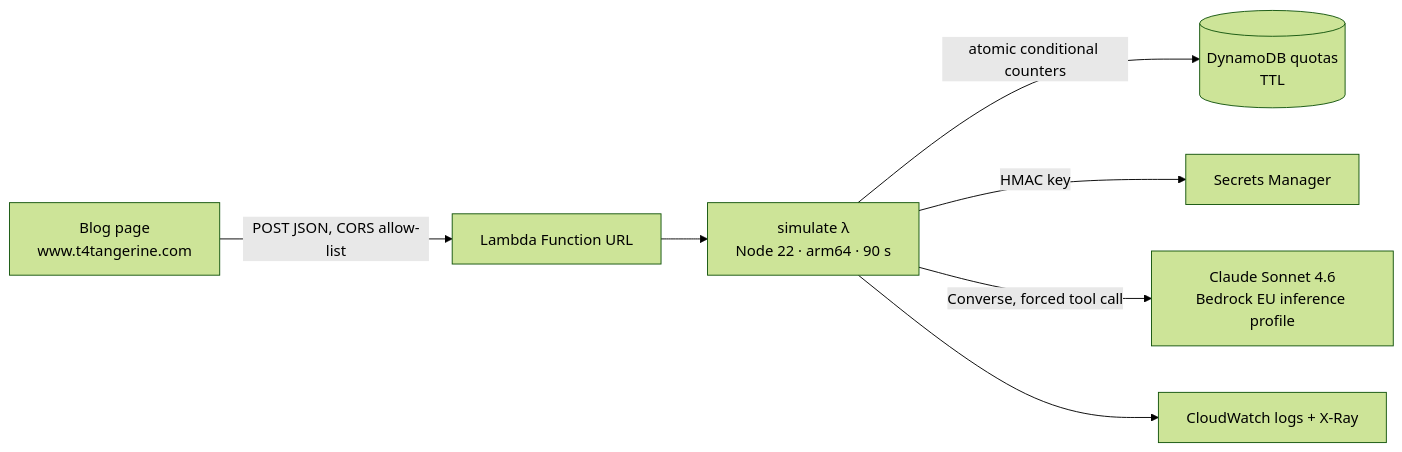
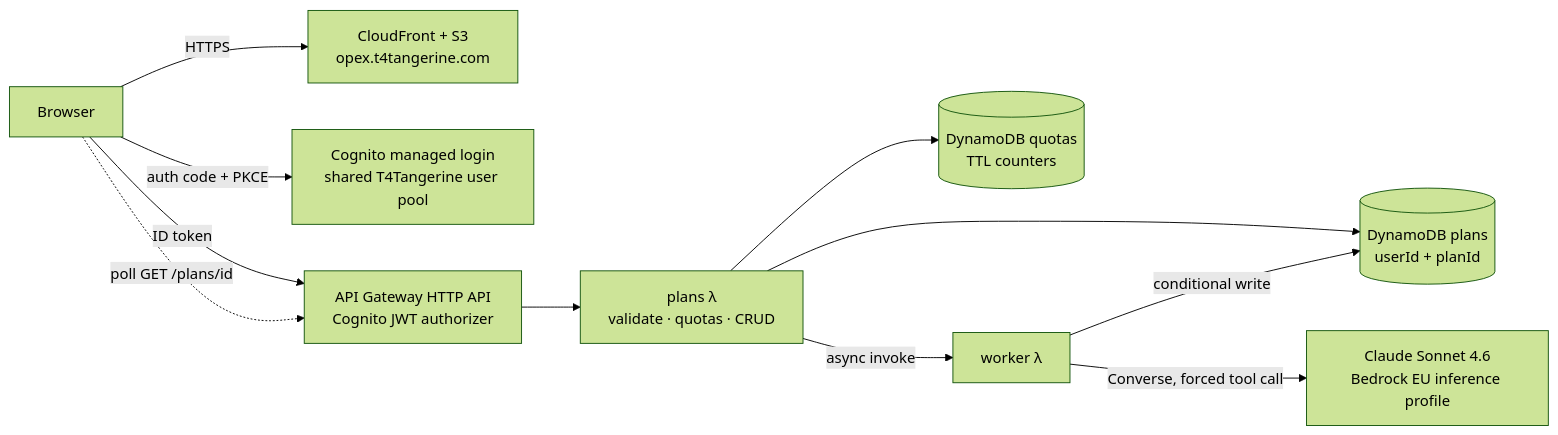
One commit to najmanaaz/opex-agent changed the diagram in README.md. Above: the diagram before and after it, drawn with Mermaid (forest theme). The commit also changed other lines of this file and 7 other files, not shown here.

Commit message:
README: OpEx Agent architecture, decisions and setup; rename to OpEx Agent

````diff
--- a/README.md
+++ b/README.md
@@ -25,9 +25,13 @@
 ```mermaid
 flowchart LR
-    B[Blog page<br/>www.t4tangerine.com] -->|POST JSON, CORS allow-list| U[Lambda Function URL]
-    U --> L[simulate λ<br/>Node 22 · arm64 · 90 s]
-    L -->|atomic conditional counters| Q[(DynamoDB quotas<br/>TTL)]
-    L -->|HMAC key| S[Secrets Manager]
-    L -->|Converse, forced tool call| BR[Claude Sonnet 4.6<br/>Bedrock EU inference profile]
-    L --> CW[CloudWatch logs + X-Ray]
+    B[Browser] -->|HTTPS| CF[CloudFront + S3<br/>opex.t4tangerine.com]
+    B -->|auth code + PKCE| COG[Cognito managed login<br/>shared T4Tangerine user pool]
+    B -->|ID token| API[API Gateway HTTP API<br/>Cognito JWT authorizer]
+    API --> P[plans λ<br/>validate · quotas · CRUD]
+    P --> Q[(DynamoDB quotas<br/>TTL counters)]
+    P --> T[(DynamoDB plans<br/>userId + planId)]
+    P -->|async invoke| W[worker λ]
+    W -->|Converse, forced tool call| BR[Claude Sonnet 4.6<br/>Bedrock EU inference profile]
+    W -->|conditional write| T
+    B -.->|poll GET /plans/id| API
 ```
````
